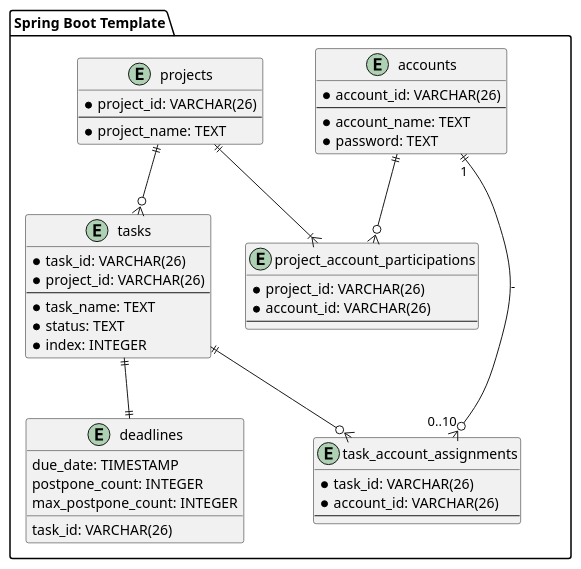
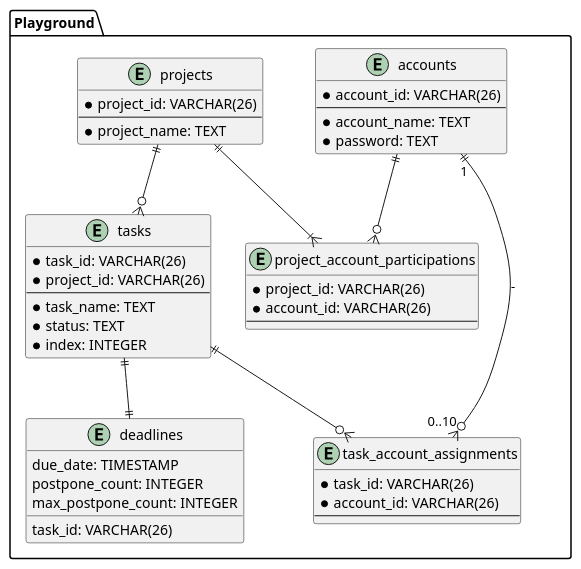
The diagram in uml/entity-relationship.puml (ORIKAMIxNEP/playground), drawn with PlantUML before and after one commit. The commit also changed 166 other files, not shown here.

```diff
--- a/uml/entity-relationship.puml
+++ b/uml/entity-relationship.puml
@@ -1,54 +1,54 @@
 @startuml
-package "Spring Boot Template" {
+package "Playground" {
   entity accounts {
     * account_id: VARCHAR(26)
     --
     * account_name: TEXT
     * password: TEXT
   }
 
   entity projects {
     * project_id: VARCHAR(26)
     --
     * project_name: TEXT
   }
 
   entity project_account_participations {
     * project_id: VARCHAR(26)
     * account_id: VARCHAR(26)
     --
   }
 
   accounts ||--o{ project_account_participations
   projects ||--|{ project_account_participations
 
   entity tasks {
     * task_id: VARCHAR(26)
     * project_id: VARCHAR(26)
     --
     * task_name: TEXT
     * status: TEXT
     * index: INTEGER
   }
 
   projects ||--o{ tasks
 
   entity task_account_assignments {
     * task_id: VARCHAR(26)
     * account_id: VARCHAR(26)
     --
   }
 
   accounts ||--o{ task_account_assignments: "1" - "0..10"
   tasks ||--o{ task_account_assignments
 
   entity deadlines {
     task_id: VARCHAR(26)
     due_date: TIMESTAMP
     postpone_count: INTEGER
     max_postpone_count: INTEGER
   }
 
   tasks ||--|| deadlines
 }
 @enduml
```
